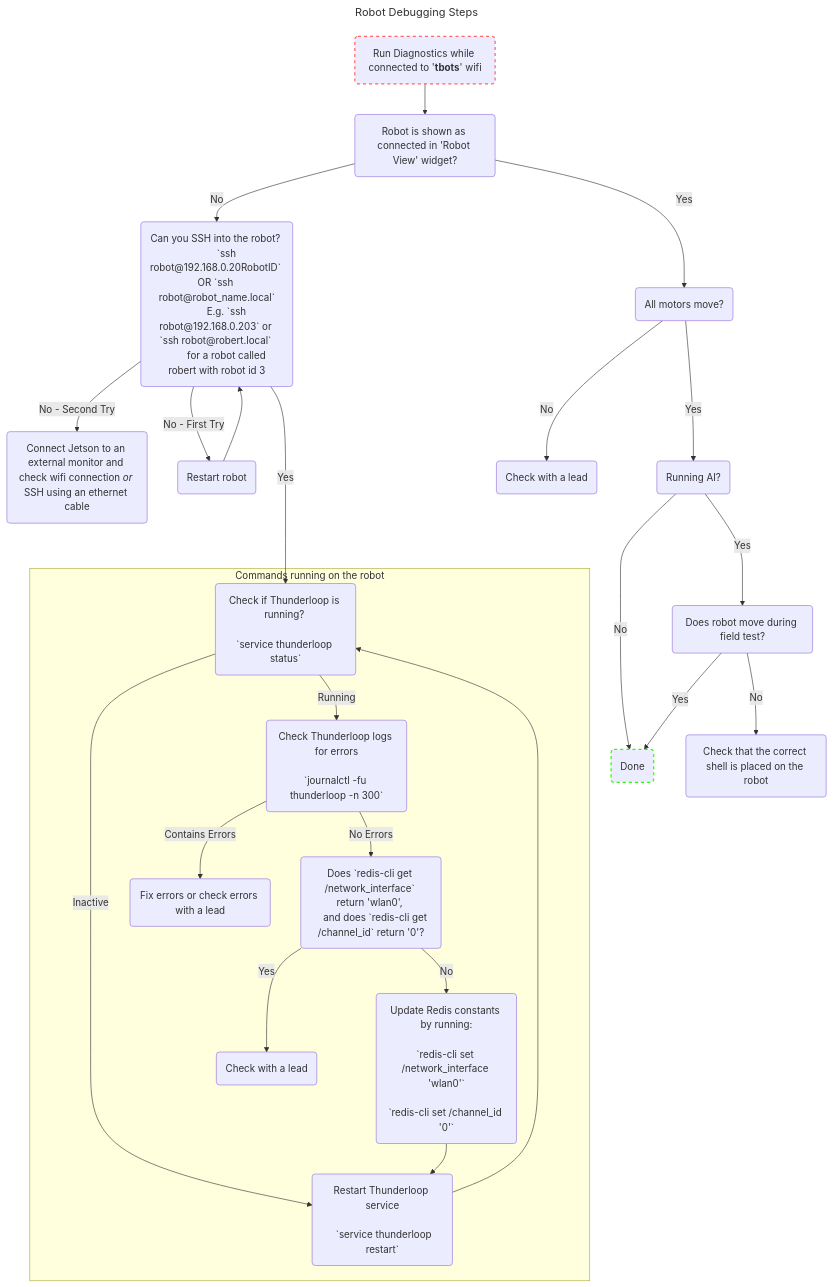
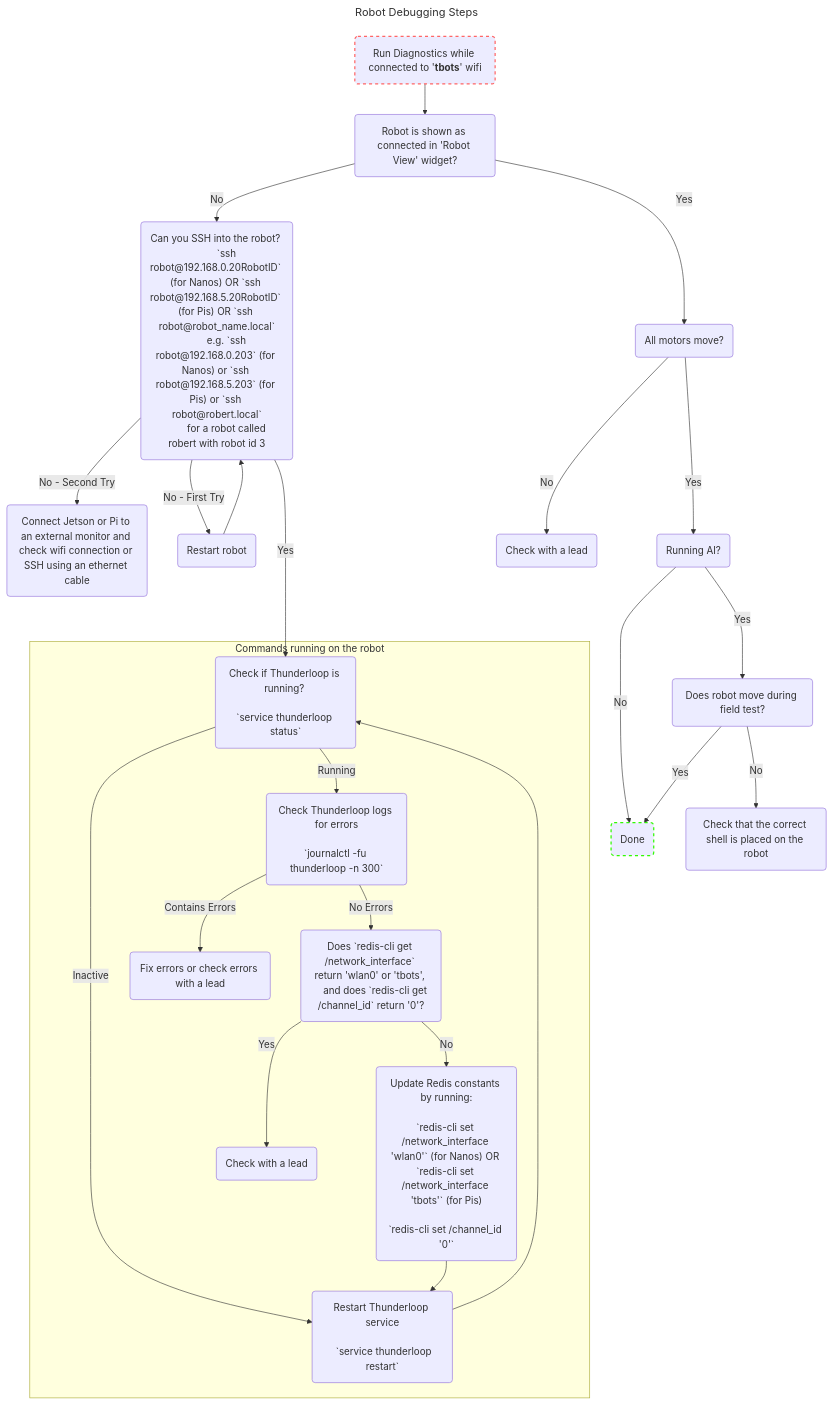
The diagram in docs/useful-robot-commands.md (UBC-Thunderbots/Software), drawn with Mermaid before and after one commit. The commit also changed other lines of this file and 107 other files, not shown here.

````diff
--- a/docs/useful-robot-commands.md
+++ b/docs/useful-robot-commands.md
@@ -19,48 +27,48 @@
 ```mermaid
 ---
 title: Robot Debugging Steps
 ---
 flowchart TD
-    ssh(Can you SSH into the robot? 
-        `ssh robot@192.168.0.20RobotID` OR `ssh robot@robot_name.local`
-        E.g. `ssh robot@192.168.0.203` or `ssh robot@robert.local` 
-        for a robot called robert with robot id 3)
+    ssh("Can you SSH into the robot? 
+        `ssh robot@192.168.0.20RobotID` (for Nanos) OR `ssh robot@192.168.5.20RobotID` (for Pis) OR `ssh robot@robot_name.local`
+        e.g. `ssh robot@192.168.0.203` (for Nanos) or `ssh robot@192.168.5.203` (for Pis) or `ssh robot@robert.local`
+        for a robot called robert with robot id 3")
     ssh ---> |Yes| tloop_status
-    ssh --> |No - Second Try| monitor("`Connect Jetson to an external monitor and check wifi connection _or_ SSH using an ethernet cable`")
+    ssh --> |No - Second Try| monitor("Connect Jetson or Pi to an external monitor and check wifi connection or SSH using an ethernet cable")
     ssh --> |No - First Try| restart(Restart robot)
     restart --> ssh
 
     diagnostics("`Run Diagnostics while connected to '**tbots**' wifi`") --> robot_view
     robot_view(Robot is shown as connected in 'Robot View' widget?) --> |Yes| check_motors(All motors move?)
     style diagnostics stroke:#f66,stroke-width:2px,stroke-dasharray: 5 5
 
     check_motors -->|Yes| field_test(Running AI?)
     field_test -->|No| done(Done)
     style done stroke:#30fa02,stroke-width:2px,stroke-dasharray: 5 5
     field_test -->|Yes| field_test_moves(Does robot move during field test?)
     field_test_moves --> |No| check_shell("`Check that the correct shell is placed on the robot`")
     check_shell
     field_test_moves --> |Yes| done
 
     robot_view --> |No| ssh
     check_motors -->|No| rip
     rip(Check with a lead)
                   
     subgraph ssh_graph [Commands running on the robot]
     tloop_status(Check if Thunderloop is running? 
                                `service thunderloop status`)
     tloop_status --> |Inactive| tloop_restart(Restart Thunderloop service
                                               `service thunderloop restart`)
     tloop_status --> |Running| tloop_logs(Check Thunderloop logs for errors
                                           `journalctl -fu thunderloop -n 300`)
-    tloop_logs --> |No Errors| check_redis(Does `redis-cli get /network_interface` return 'wlan0', 
+    tloop_logs --> |No Errors| check_redis(Does `redis-cli get /network_interface` return 'wlan0' or 'tbots', 
     and does `redis-cli get /channel_id` return '0'?)
-    tloop_logs --> |Contains Errors| rip2("`Fix errors or check errors with a lead`")
-    check_redis --> |No| update_redis(Update Redis constants by running:
-                                      `redis-cli set /network_interface 'wlan0'`
-                                      `redis-cli set /channel_id '0'`)
+    tloop_logs --> |Contains Errors| rip2("Fix errors or check errors with a lead")
+    check_redis --> |No| update_redis("Update Redis constants by running:
+                                      `redis-cli set /network_interface 'wlan0'` (for Nanos) OR `redis-cli set /network_interface 'tbots'` (for Pis)
+                                      `redis-cli set /channel_id '0'`")
     check_redis --> |Yes| rip3(Check with a lead)
     update_redis --> tloop_restart
     tloop_restart --> tloop_status
     end
 ```
````
